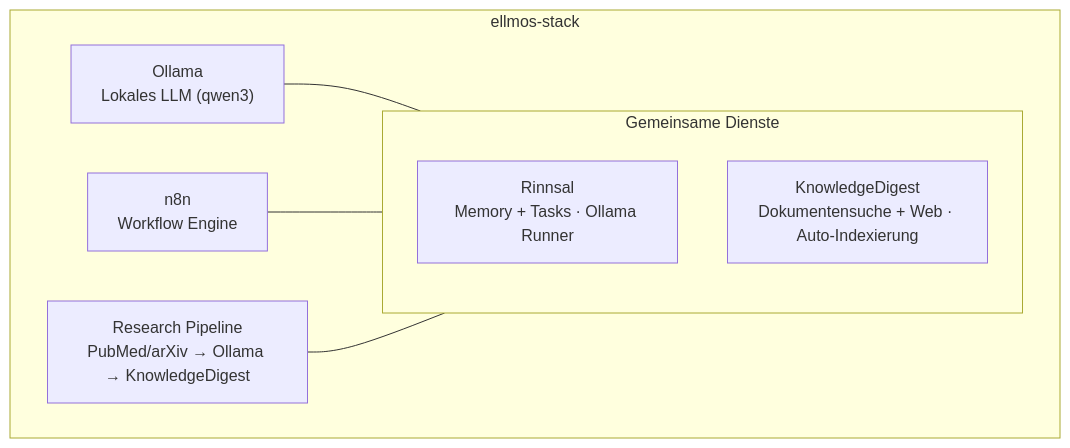
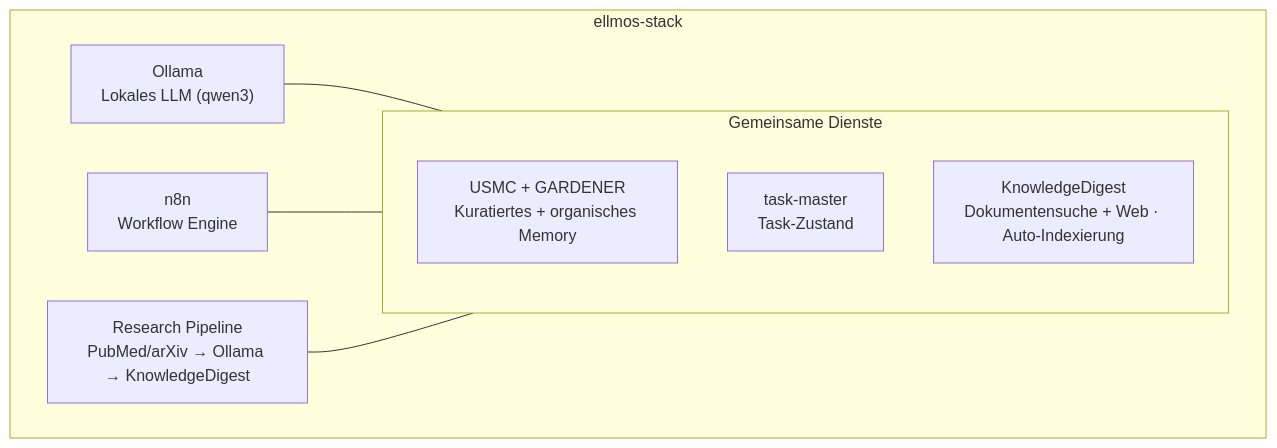
Before and after one commit to ellmos-ai/ellmos-stack: the diagram in README_de.md, drawn with Mermaid. The commit also changed other lines of this file and 15 other files, not shown here.

Commit message:
feat: separate stack memory and task modules

````diff
--- a/README_de.md
+++ b/README_de.md
@@ -41,15 +41,16 @@
 ```mermaid
 flowchart TD
   subgraph STACK["ellmos-stack"]
     OLLAMA["Ollama<br/>Lokales LLM (qwen3)"]
     N8N["n8n<br/>Workflow Engine"]
     RESEARCH["Research Pipeline<br/>PubMed/arXiv → Ollama → KnowledgeDigest"]
     subgraph SHARED["Gemeinsame Dienste"]
-      RIN["Rinnsal<br/>Memory + Tasks · Ollama Runner"]
+      MEMORY["USMC + GARDENER<br/>Kuratiertes + organisches Memory"]
+      TASKS["task-master<br/>Task-Zustand"]
       KD["KnowledgeDigest<br/>Dokumentensuche + Web · Auto-Indexierung"]
     end
   end
   OLLAMA --- SHARED
   N8N --- SHARED
   RESEARCH --- SHARED
 ```
````
